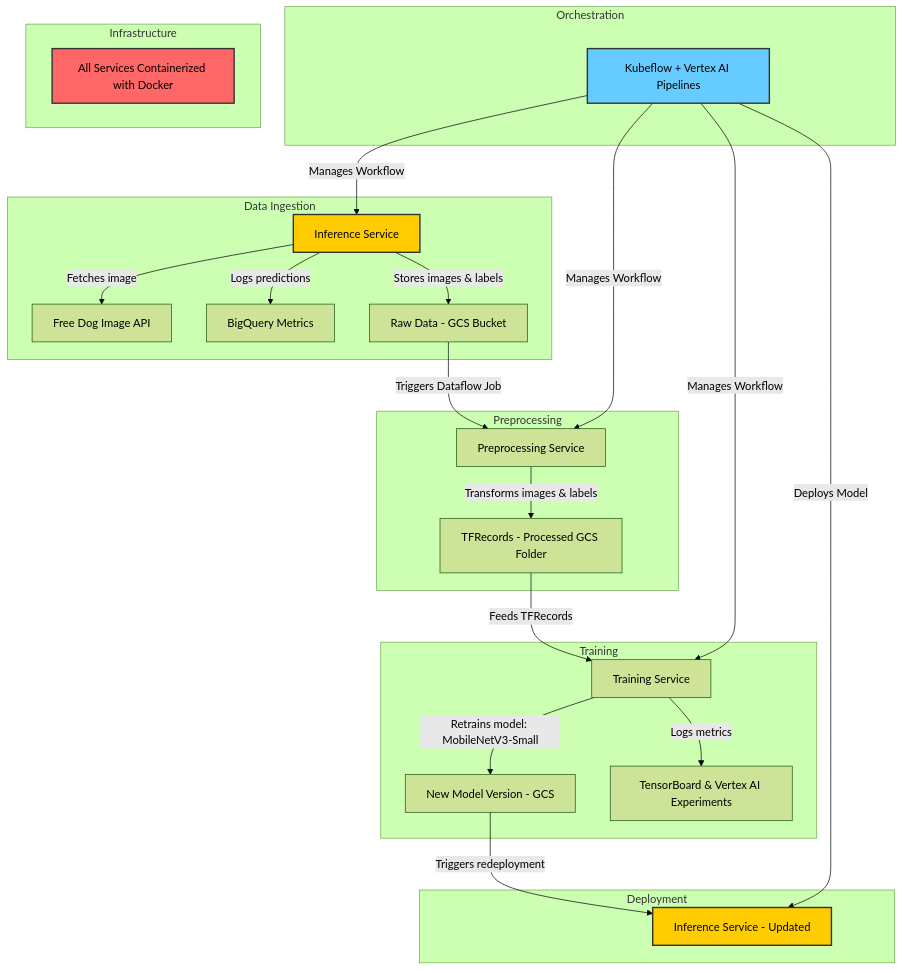
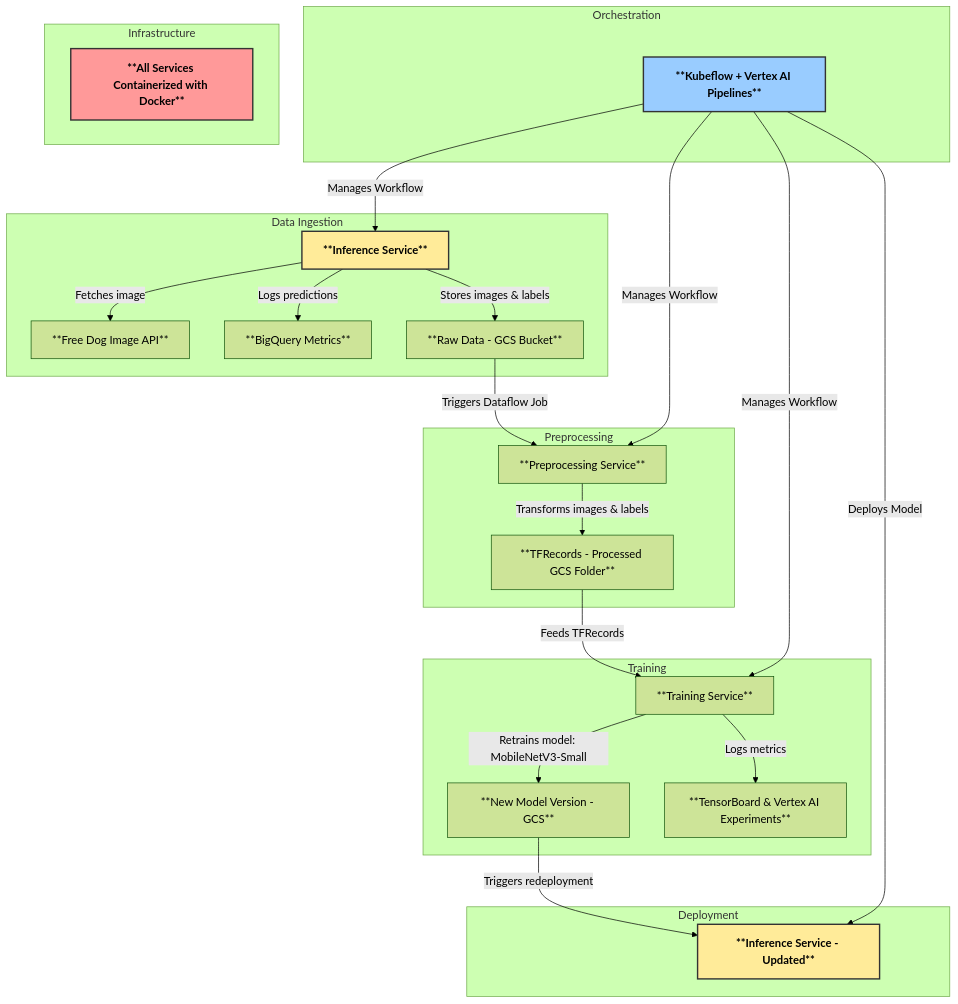
One commit to shanks-t/creature_vision changed the diagram in README.md. Above: the diagram before and after it, drawn with Mermaid (forest theme).

Commit message:
docs: fix font

````diff
--- a/README.md
+++ b/README.md
@@ -19,39 +19,39 @@
 ```mermaid
 graph TD;
     subgraph Data Ingestion
-        A[Inference Service] -->|Fetches image| B[Free Dog Image API]
-        A -->|Logs predictions| C[BigQuery Metrics]
-        A -->|Stores images & labels| D[Raw Data - GCS Bucket]
+        A[**Inference Service**] -->|Fetches image| B[**Free Dog Image API**]
+        A -->|Logs predictions| C[**BigQuery Metrics**]
+        A -->|Stores images & labels| D[**Raw Data - GCS Bucket**]
     end
 
     subgraph Preprocessing
-        D -->|Triggers Dataflow Job| E[Preprocessing Service]
-        E -->|Transforms images & labels| F[TFRecords - Processed GCS Folder]
+        D -->|Triggers Dataflow Job| E[**Preprocessing Service**]
+        E -->|Transforms images & labels| F[**TFRecords - Processed GCS Folder**]
     end
 
     subgraph Training
-        F -->|Feeds TFRecords| G[Training Service]
-        G -->|Retrains model: MobileNetV3-Small| H[New Model Version - GCS]
-        G -->|Logs metrics| I[TensorBoard & Vertex AI Experiments]
+        F -->|Feeds TFRecords| G[**Training Service**]
+        G -->|Retrains model: MobileNetV3-Small| H[**New Model Version - GCS**]
+        G -->|Logs metrics| I[**TensorBoard & Vertex AI Experiments**]
     end
 
     subgraph Deployment
-        H -->|Triggers redeployment| J[Inference Service - Updated]
+        H -->|Triggers redeployment| J[**Inference Service - Updated**]
     end
 
     subgraph Orchestration
-        K[Kubeflow + Vertex AI Pipelines] -->|Manages Workflow| A
+        K[**Kubeflow + Vertex AI Pipelines**] -->|Manages Workflow| A
         K -->|Manages Workflow| E
         K -->|Manages Workflow| G
         K -->|Deploys Model| J
     end
 
     subgraph Infrastructure
-        L[All Services Containerized with Docker]
+        L[**All Services Containerized with Docker**]
     end
 
-    style A fill:#ffcc00,stroke:#333,stroke-width:2px;
-    style J fill:#ffcc00,stroke:#333,stroke-width:2px;
-    style K fill:#66ccff,stroke:#333,stroke-width:2px;
-    style L fill:#ff6666,stroke:#333,stroke-width:2px;
+    style A fill:#ffeb99,stroke:#333,stroke-width:2px,font-weight:bold;
+    style J fill:#ffeb99,stroke:#333,stroke-width:2px,font-weight:bold;
+    style K fill:#99ccff,stroke:#333,stroke-width:2px,font-weight:bold;
+    style L fill:#ff9999,stroke:#333,stroke-width:2px,font-weight:bold;
 ```
````
